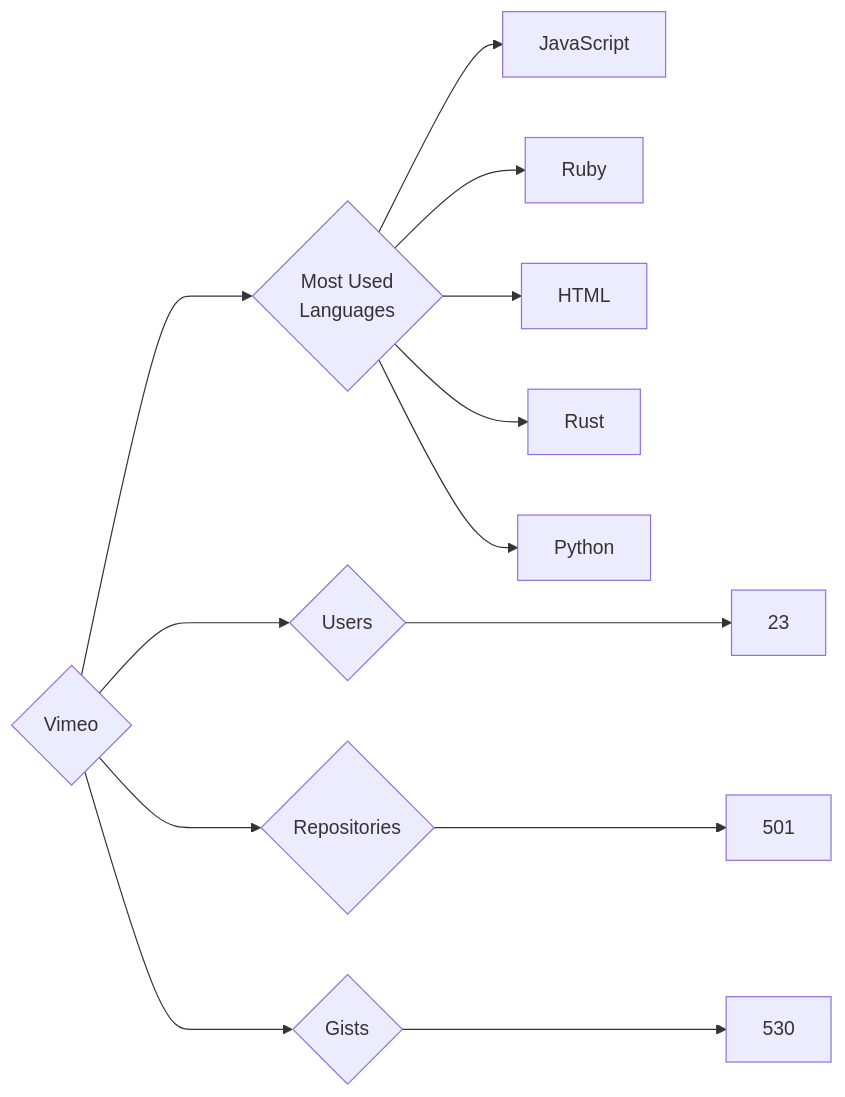
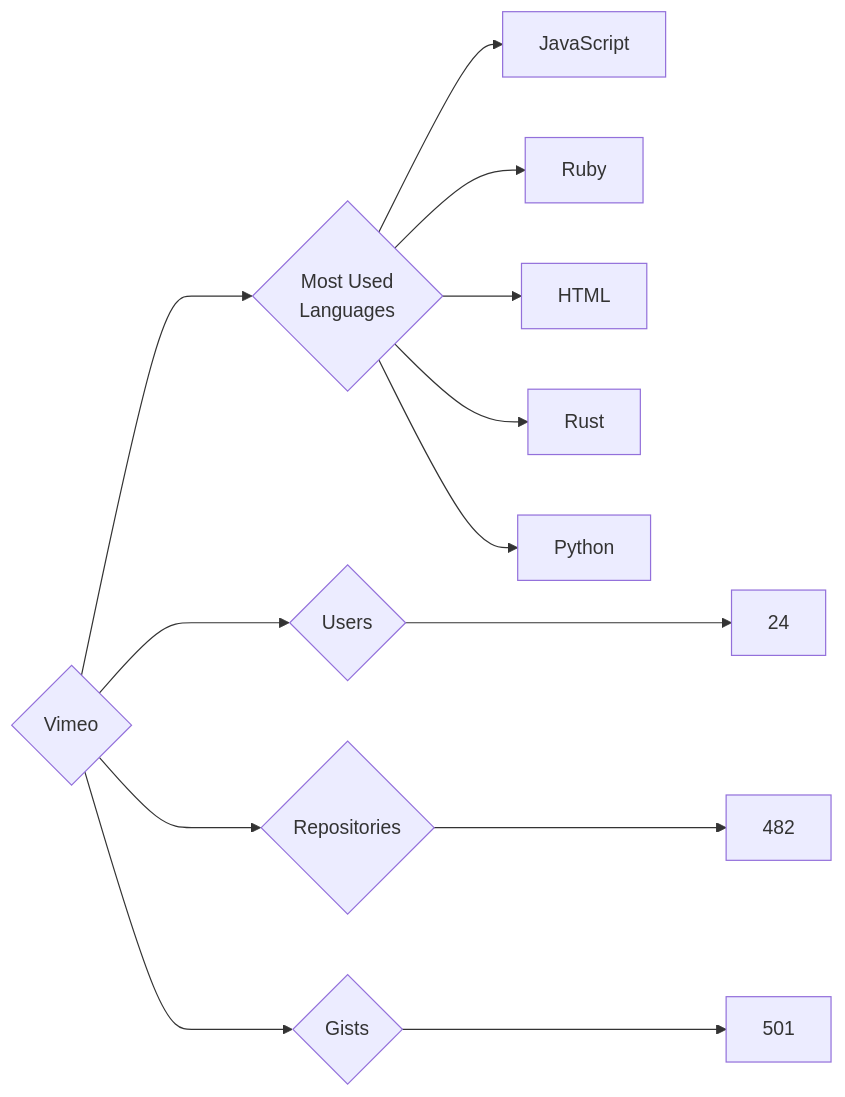
Before and after one commit to trickest/insiders: the diagram in targets/Vimeo/README.md, drawn with Mermaid. The commit also changed 953 other files, not shown here.

````diff
--- a/targets/Vimeo/README.md
+++ b/targets/Vimeo/README.md
@@ -3,13 +3,13 @@
 ```mermaid
 graph LR
 COMPANY_NAME{Vimeo}
-COMPANY_NAME ---> U{Users} ---> UN[23]
-COMPANY_NAME ---> R{Repositories} ---> RN[501]
-COMPANY_NAME ---> G{Gists} ---> GN[530]
+COMPANY_NAME ---> U{Users} ---> UN[24]
+COMPANY_NAME ---> R{Repositories} ---> RN[482]
+COMPANY_NAME ---> G{Gists} ---> GN[501]
 COMPANY_NAME ---> ML{Most Used<br>Languages}
 ML --> JavaScript[JavaScript]
 ML --> Ruby[Ruby]
 ML --> HTML[HTML]
 ML --> Rust[Rust]
 ML --> Python[Python]
 ```
````
